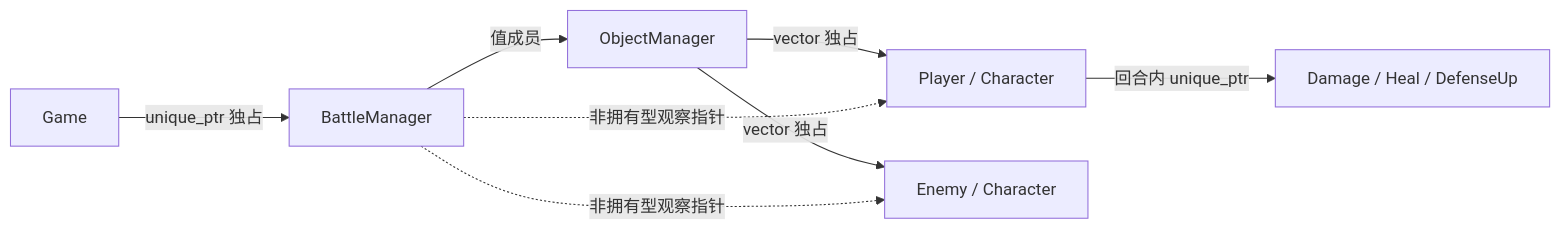
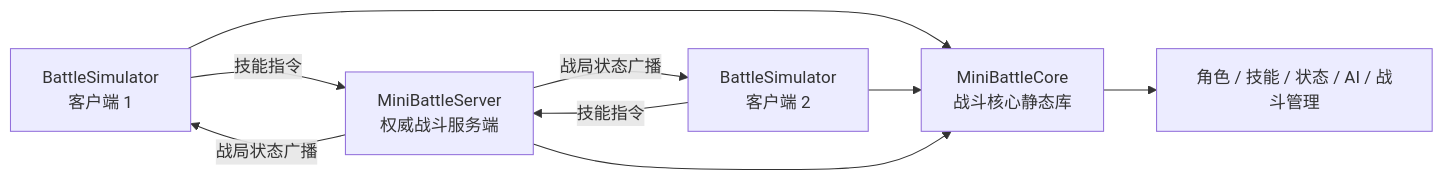
The diagram in readme.md (seeseegven/MiniBattleSimulator), drawn with Mermaid before and after one commit. The commit also changed other lines of this file, not shown here.

Commit message:
docs: update README for current architecture

````diff
--- a/readme.md
+++ b/readme.md
@@ -112,10 +21,11 @@
 ```mermaid
 flowchart LR
-    Game["Game"] -->|"unique_ptr 独占"| BattleManager["BattleManager"]
-    BattleManager -->|"值成员"| ObjectManager["ObjectManager"]
-    ObjectManager -->|"vector<unique_ptr> 独占"| Player["Player / Character"]
-    ObjectManager -->|"vector<unique_ptr> 独占"| Enemy["Enemy / Character"]
-    BattleManager -.->|"非拥有型观察指针"| Player
-    BattleManager -.->|"非拥有型观察指针"| Enemy
-    Player -->|"回合内 unique_ptr"| Skills["Damage / Heal / DefenseUp"]
+    C1["BattleSimulator<br/>客户端 1"] -->|"技能指令"| Server["MiniBattleServer<br/>权威战斗服务端"]
+    C2["BattleSimulator<br/>客户端 2"] -->|"技能指令"| Server
+    Server -->|"战局状态广播"| C1
+    Server -->|"战局状态广播"| C2
+    C1 --> Core["MiniBattleCore<br/>战斗核心静态库"]
+    C2 --> Core
+    Server --> Core
+    Core --> Rules["角色 / 技能 / 状态 / AI / 战斗管理"]
 ```
````
